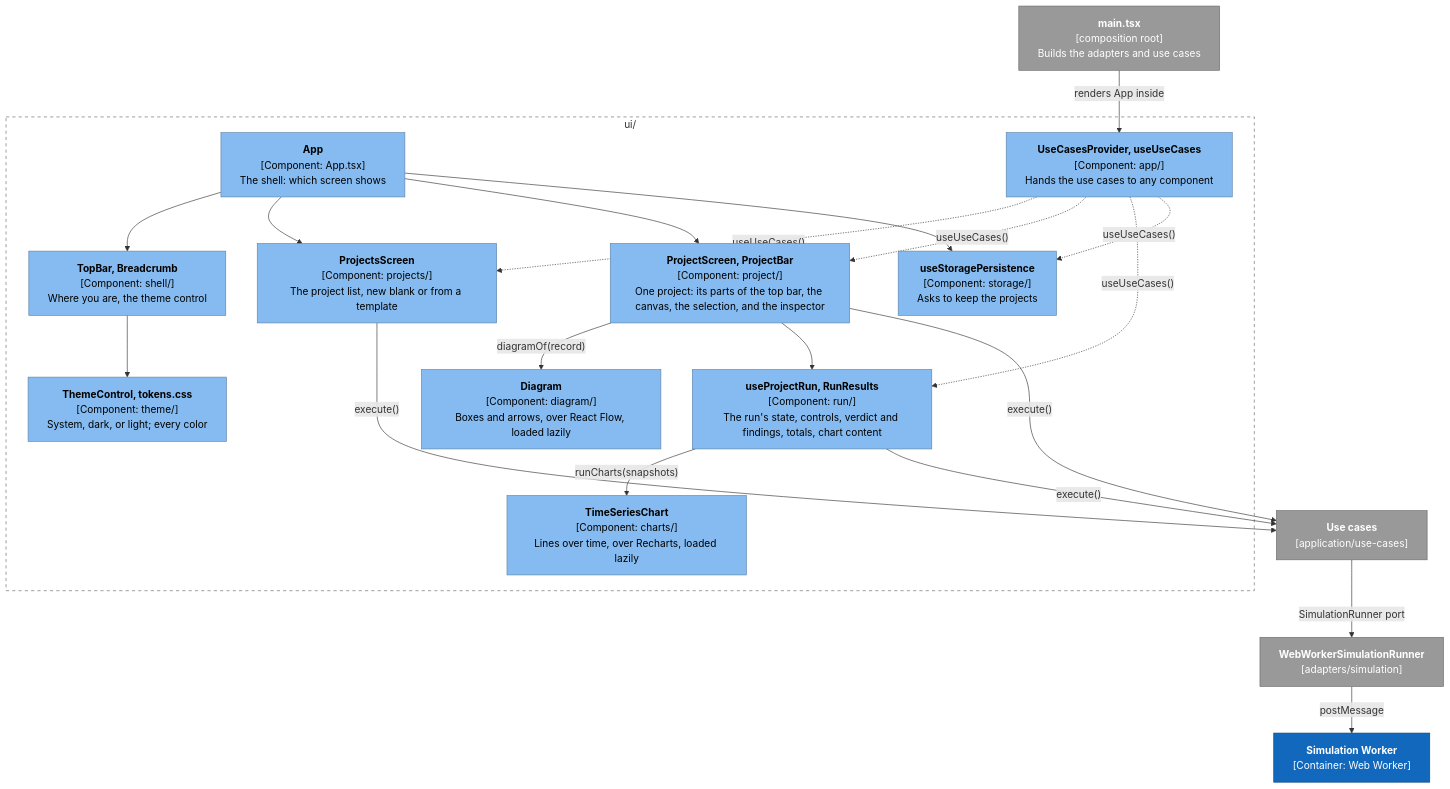
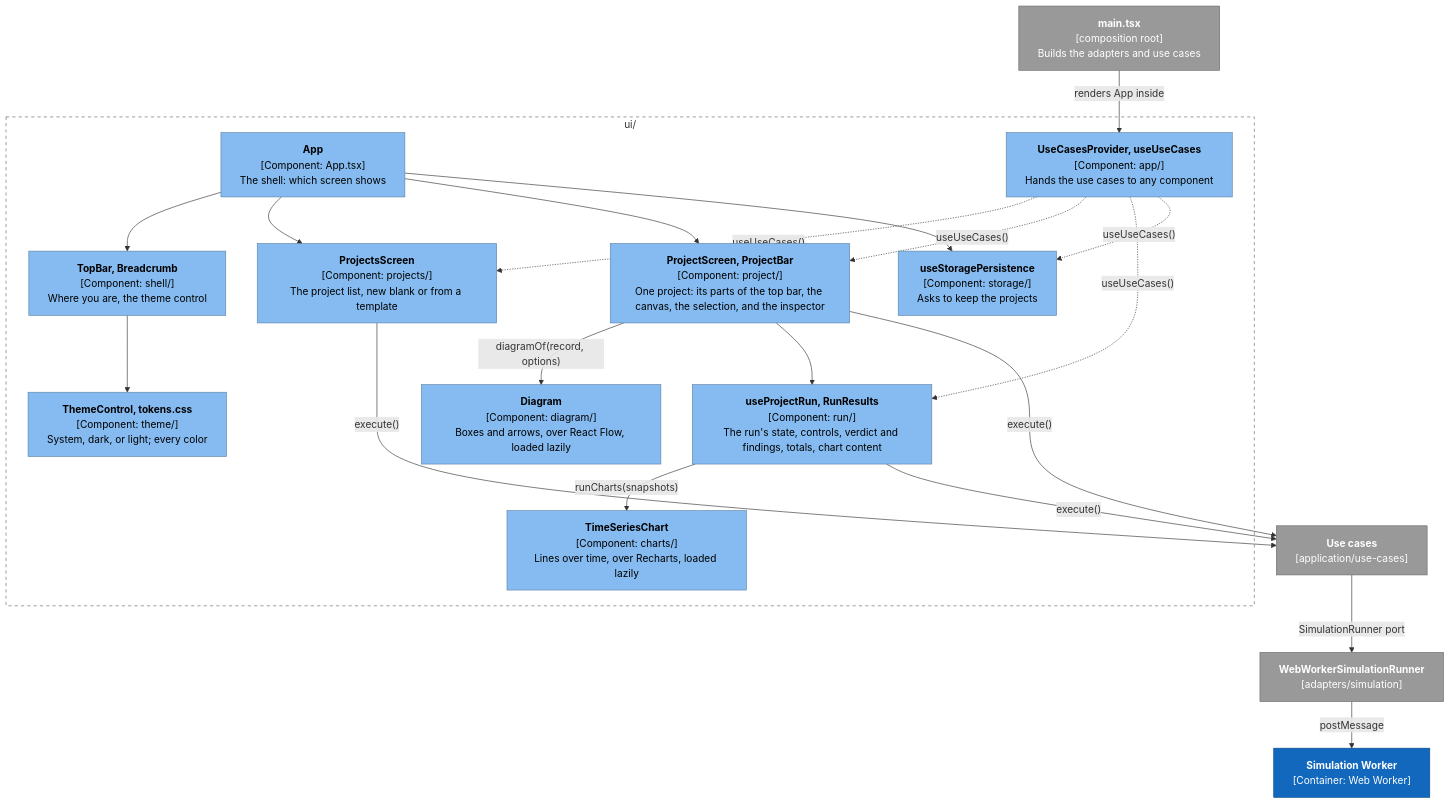
Before and after one commit to alanbickel/wind-tunnel: the first of 3 diagrams in docs/architecture/user-interface.md, drawn with Mermaid. The commit also changed other lines of this file and 37 other files, not shown here.

````diff
--- a/docs/architecture/user-interface.md
+++ b/docs/architecture/user-interface.md
@@ -11,36 +11,36 @@
 ```mermaid
 %%{init: {"flowchart": {"wrappingWidth": 320}}}%%
 flowchart TB
     main["<b>main.tsx</b><br/>[composition root]<br/>Builds the adapters and use cases"]:::external
     subgraph ui["ui/"]
         app["<b>App</b><br/>[Component: App.tsx]<br/>The shell: which screen shows"]:::component
         shell["<b>TopBar, Breadcrumb</b><br/>[Component: shell/]<br/>Where you are, the theme control"]:::component
         provider["<b>UseCasesProvider, useUseCases</b><br/>[Component: app/]<br/>Hands the use cases to any component"]:::component
         projects["<b>ProjectsScreen</b><br/>[Component: projects/]<br/>The project list, new blank or from a template"]:::component
         project["<b>ProjectScreen, ProjectBar</b><br/>[Component: project/]<br/>One project: its parts of the top bar, the canvas, the selection, and the inspector"]:::component
         run["<b>useProjectRun, RunResults</b><br/>[Component: run/]<br/>The run's state, controls, verdict and findings, totals, chart content"]:::component
         storage["<b>useStoragePersistence</b><br/>[Component: storage/]<br/>Asks to keep the projects"]:::component
         theme["<b>ThemeControl, tokens.css</b><br/>[Component: theme/]<br/>System, dark, or light; every color"]:::component
         diagram["<b>Diagram</b><br/>[Component: diagram/]<br/>Boxes and arrows, over React Flow, loaded lazily"]:::component
         charts["<b>TimeSeriesChart</b><br/>[Component: charts/]<br/>Lines over time, over Recharts, loaded lazily"]:::component
     end
     uc["<b>Use cases</b><br/>[application/use-cases]"]:::external
     runner["<b>WebWorkerSimulationRunner</b><br/>[adapters/simulation]"]:::external
     worker["<b>Simulation Worker</b><br/>[Container: Web Worker]"]:::system
     main -->|"renders App inside"| provider
     provider -.->|"useUseCases()"| projects & project & run & storage
     app --> shell & projects & project & storage
     shell --> theme
-    project -->|"diagramOf(record)"| diagram
+    project -->|"diagramOf(record, options)"| diagram
     project --> run
     run -->|"runCharts(snapshots)"| charts
     projects & project & run -->|"execute()"| uc
     uc -->|"SimulationRunner port"| runner
     runner -->|"postMessage"| worker
     style ui fill:none,stroke:#666,stroke-dasharray:5 5
     classDef person fill:#08427b,stroke:#052e56,color:#fff
     classDef system fill:#1168bd,stroke:#0b4884,color:#fff
     classDef component fill:#85bbf0,stroke:#5d82a8,color:#000
     classDef external fill:#999,stroke:#6b6b6b,color:#fff
     classDef planned fill:#fff,stroke:#1168bd,color:#1168bd,stroke-dasharray:5 5
 ```
````
